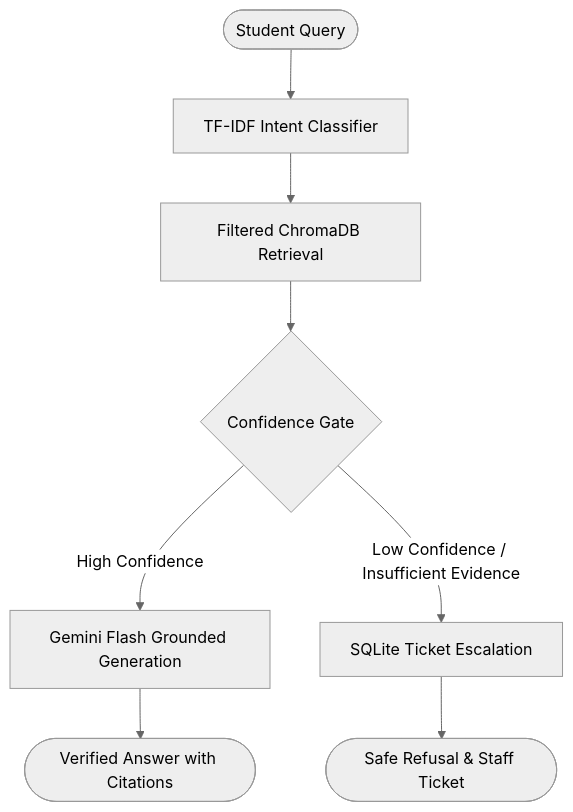
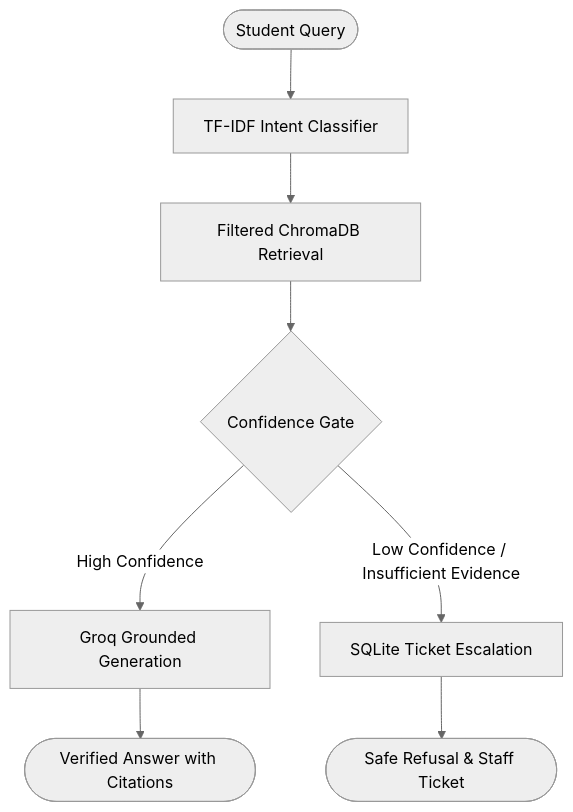
Before and after one commit to Srv99x/AdtU-Campus-Copilot: the diagram in README.md, drawn with Mermaid (neutral theme). The commit also changed other lines of this file and 9 other files, not shown here.

First line of the commit message:
Power Stage 2 generation with Groq instead of Gemini

````diff
--- a/README.md
+++ b/README.md
@@ -28,10 +28,10 @@
 ```mermaid
 graph TD
     A([Student Query]) --> B[TF-IDF Intent Classifier]
     B --> C[Filtered ChromaDB Retrieval]
     C --> D{Confidence Gate}
-    D -- High Confidence --> E[Gemini Flash Grounded Generation]
+    D -- High Confidence --> E[Groq Grounded Generation]
     D -- Low Confidence / Insufficient Evidence --> F[SQLite Ticket Escalation]
     E --> G([Verified Answer with Citations])
     F --> H([Safe Refusal & Staff Ticket])
 ```
````
